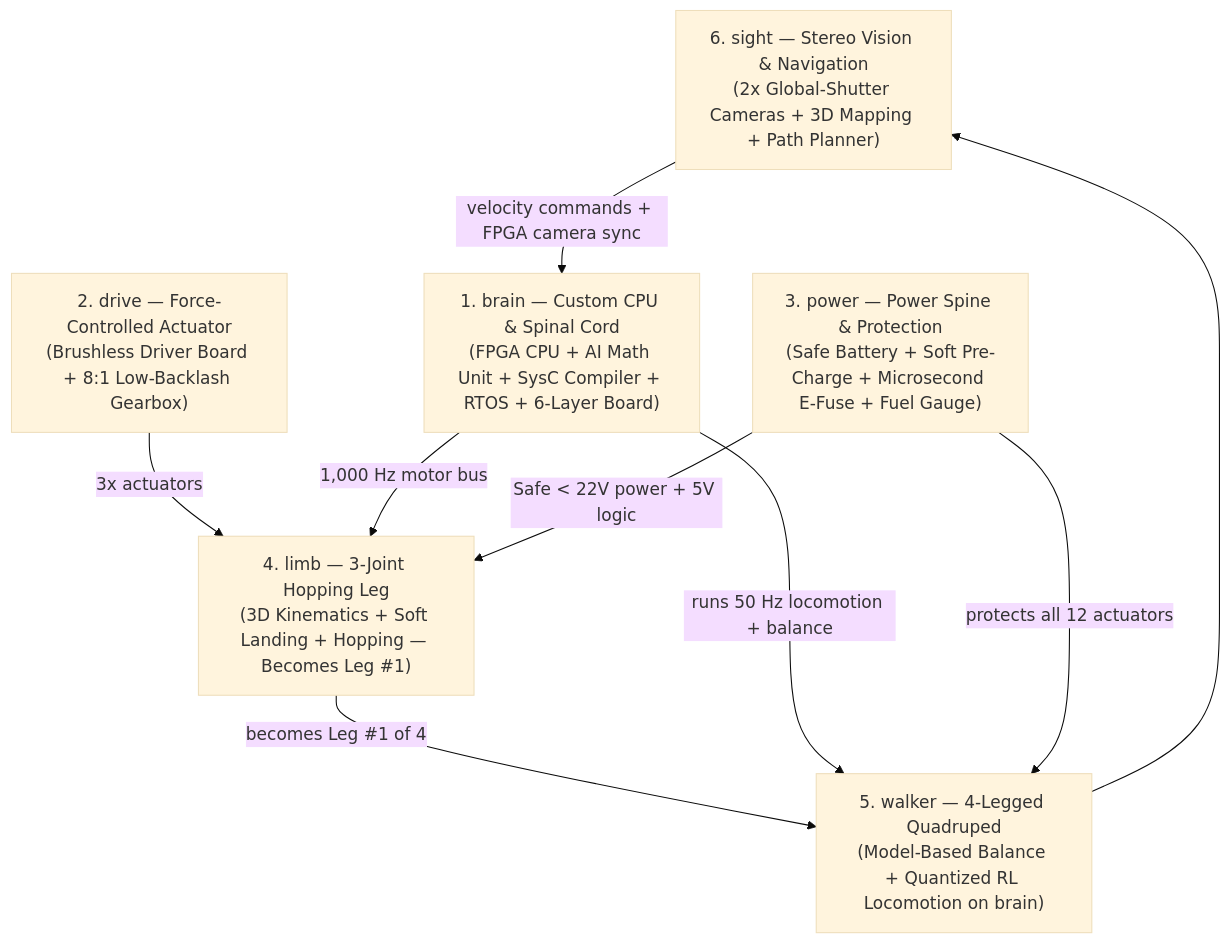
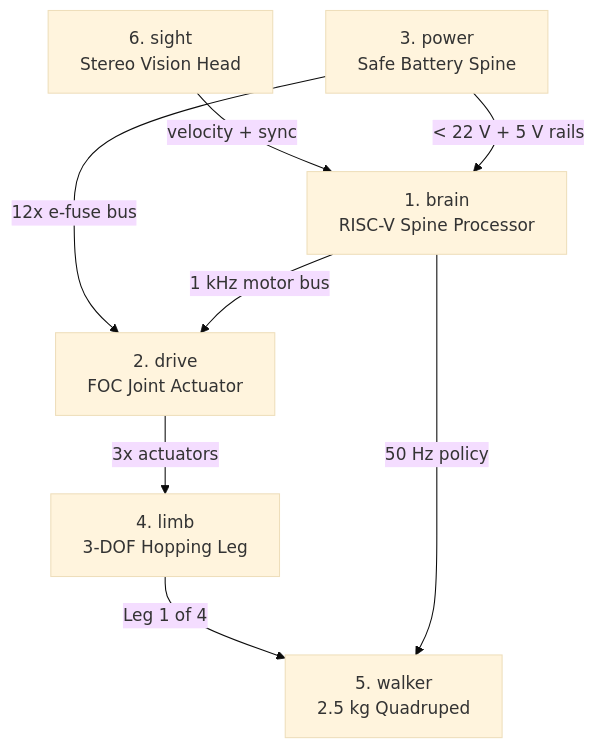
One commit to Ethanex8/apex changed the diagram in VISION.md. Above: the diagram before and after it, drawn with Mermaid (base theme). The commit also changed other lines of this file and 30 other files, not shown here.

````diff
--- a/VISION.md
+++ b/VISION.md
@@ -26,18 +35,17 @@
 ```mermaid
 flowchart TD
-    SIGHT["6. sight — Stereo Vision & Navigation<br/>(2x Global-Shutter Cameras + 3D Mapping + Path Planner)"]
-    BRAIN["1. brain — Custom CPU & Spinal Cord<br/>(FPGA CPU + AI Math Unit + SysC Compiler + RTOS + 6-Layer Board)"]
-    POWER["3. power — Power Spine & Protection<br/>(Safe Battery + Soft Pre-Charge + Microsecond E-Fuse + Fuel Gauge)"]
-    DRIVE["2. drive — Force-Controlled Actuator<br/>(Brushless Driver Board + 8:1 Low-Backlash Gearbox)"]
-    LIMB["4. limb — 3-Joint Hopping Leg<br/>(3D Kinematics + Soft Landing + Hopping — Becomes Leg #1)"]
-    WALKER["5. walker — 4-Legged Quadruped<br/>(Model-Based Balance + Quantized RL Locomotion on brain)"]
+    SIGHT["6. sight<br/>Stereo Vision Head"]
+    POWER["3. power<br/>Safe Battery Spine"]
+    BRAIN["1. brain<br/>RISC-V Spine Processor"]
+    DRIVE["2. drive<br/>FOC Joint Actuator"]
+    LIMB["4. limb<br/>3-DOF Hopping Leg"]
+    WALKER["5. walker<br/>2.5 kg Quadruped"]
 
+    SIGHT -->|"velocity + sync"| BRAIN
+    POWER -->|"< 22 V + 5 V rails"| BRAIN
+    POWER -->|"12x e-fuse bus"| DRIVE
+    BRAIN -->|"1 kHz motor bus"| DRIVE
     DRIVE -->|"3x actuators"| LIMB
-    BRAIN -->|"1,000 Hz motor bus"| LIMB
-    POWER -->|"Safe < 22V power + 5V logic"| LIMB
-    LIMB -->|"becomes Leg #1 of 4"| WALKER
-    BRAIN -->|"runs 50 Hz locomotion + balance"| WALKER
-    POWER -->|"protects all 12 actuators"| WALKER
-    SIGHT -->|"velocity commands + FPGA camera sync"| BRAIN
-    WALKER --> SIGHT
+    LIMB -->|"Leg 1 of 4"| WALKER
+    BRAIN -->|"50 Hz policy"| WALKER
 ```
````
